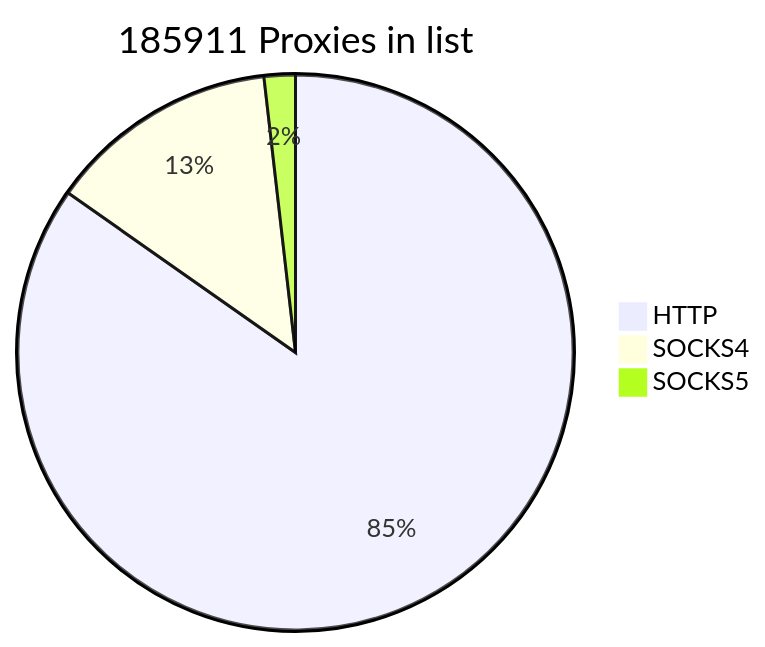
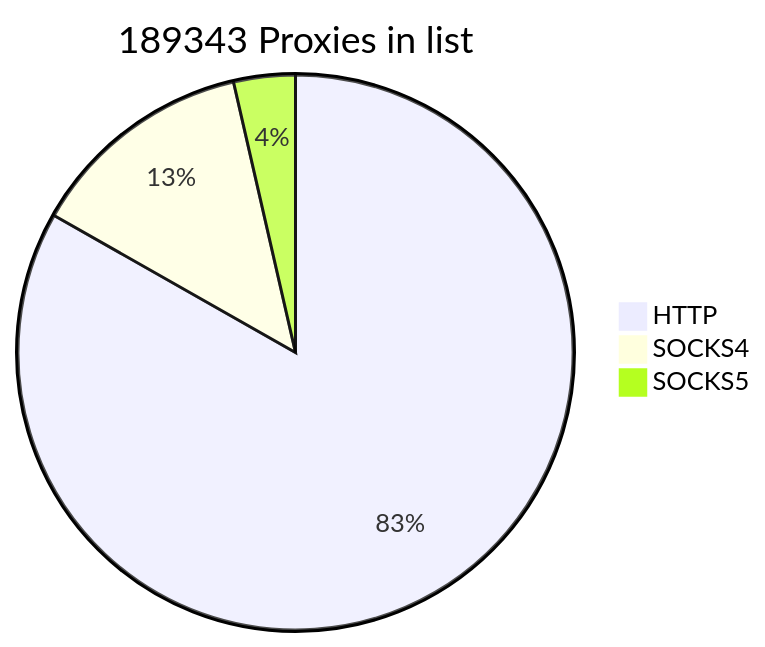
Before and after one commit to cutipu/proxylist: the first of 2 diagrams in README.md, drawn with Mermaid. The commit also changed other lines of this file, not shown here.

````diff
--- a/README.md
+++ b/README.md
@@ -2,7 +2,7 @@
 ```mermaid
-pie title 185911 Proxies in list
-    "HTTP" : 157543
+pie title 189343 Proxies in list
+    "HTTP" : 157565
     "SOCKS4" : 24990
-    "SOCKS5" : 3378
+    "SOCKS5" : 6788
             
 ```
````
